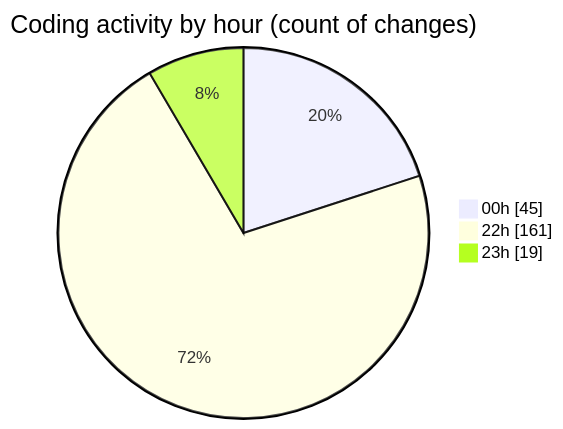
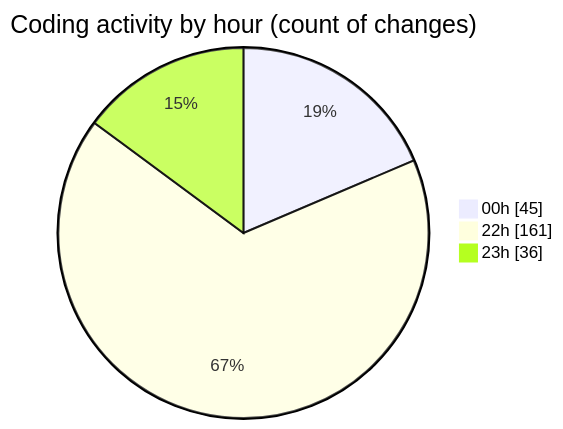
The second of 2 diagrams in 2025-07-29/javascript/README.md (Ritupan-Deka/code-tracking), drawn with Mermaid before and after one commit. The commit also changed other lines of this file and 1 other file, not shown here.

````diff
--- a/2025-07-29/javascript/README.md
+++ b/2025-07-29/javascript/README.md
@@ -29,7 +29,7 @@
 ```mermaid
 pie showData
 title Coding activity by hour (count of changes)
 "00h" : 45
 "22h" : 161
-"23h" : 19
+"23h" : 36
 ```
````
